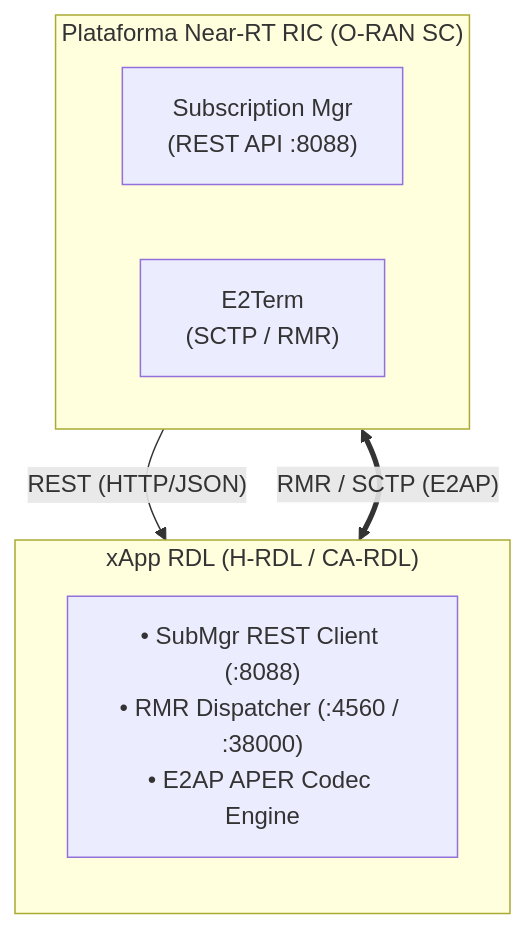
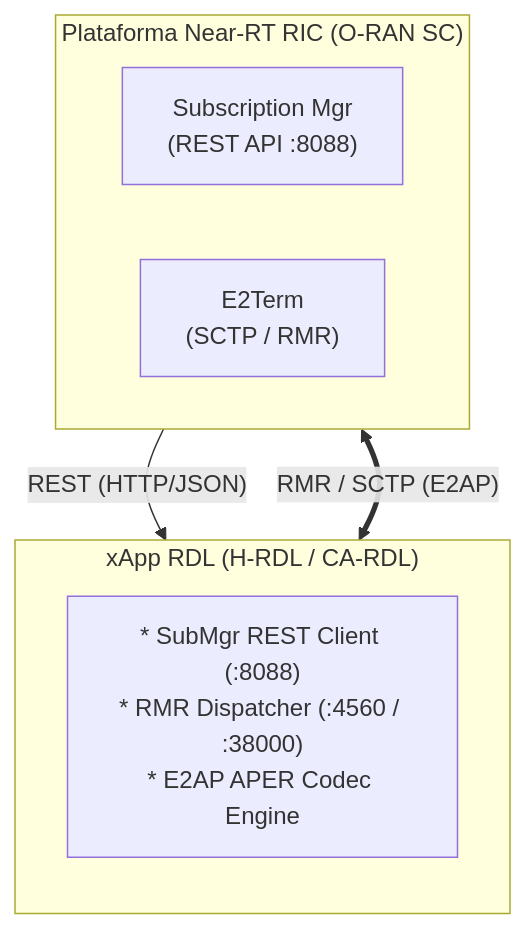
Before and after one commit to georgebarbosa3090/XApp-RDL-F2: the diagram in docs/compliance/ORAN_SC_IMPLEMENTATION_PROFILE.md, drawn with Mermaid. The commit also changed 30 other files, not shown here.

````diff
--- a/docs/compliance/ORAN_SC_IMPLEMENTATION_PROFILE.md
+++ b/docs/compliance/ORAN_SC_IMPLEMENTATION_PROFILE.md
@@ -13,16 +13,16 @@
 ```mermaid
 flowchart TD
     subgraph RIC_PLT["Plataforma Near-RT RIC (O-RAN SC)"]
         direction LR
         SUBMGR["Subscription Mgr<br/>(REST API :8088)"]
         E2TERM["E2Term<br/>(SCTP / RMR)"]
     end
 
     subgraph RDL_APP["xApp RDL (H-RDL / CA-RDL)"]
         direction TB
-        RDL_CORE["• SubMgr REST Client (:8088)<br/>• RMR Dispatcher (:4560 / :38000)<br/>• E2AP APER Codec Engine"]
+        RDL_CORE["* SubMgr REST Client (:8088)<br/>* RMR Dispatcher (:4560 / :38000)<br/>* E2AP APER Codec Engine"]
     end
 
     SUBMGR -->|"REST (HTTP/JSON)"| RDL_APP
     E2TERM <==>|"RMR / SCTP (E2AP)"| RDL_APP
 ```
````
